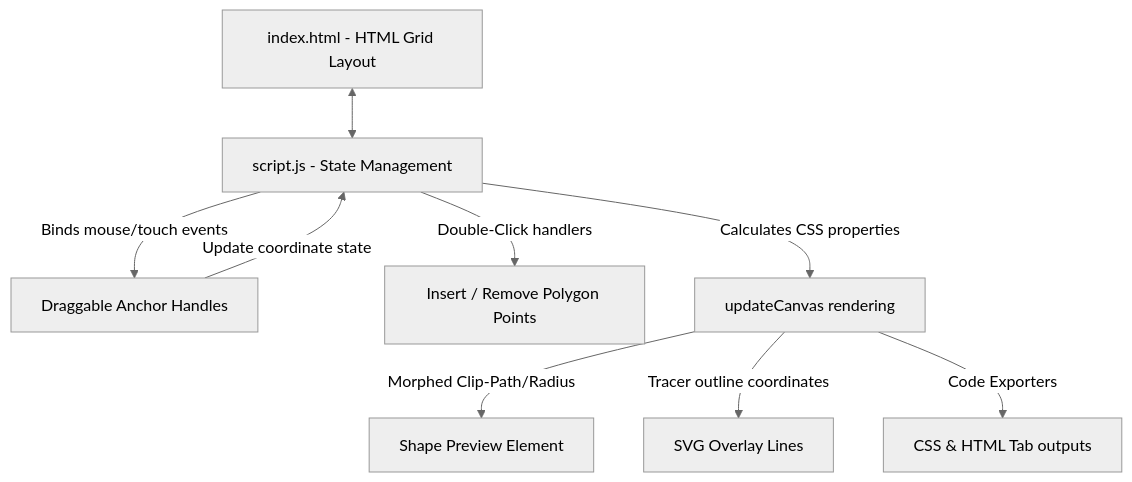
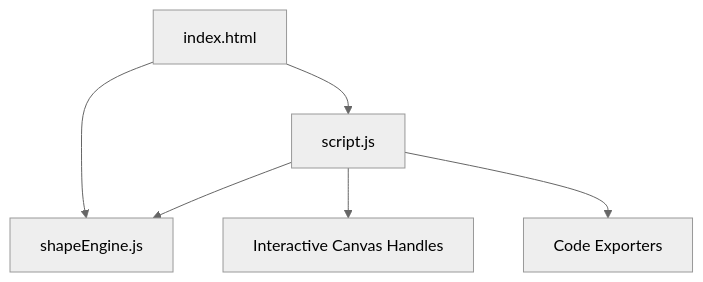
The diagram in projects/editor/css-shape-designer/ARCHITECTURE.md (Anubhutisharma-07/cradle), drawn with Mermaid (neutral theme) before and after one commit. The commit also changed other lines of this file and 4 other files, not shown here.

Commit message:
feat: modularize CSS Shape Designer with shapeEngine and test suite

````diff
--- a/projects/editor/css-shape-designer/ARCHITECTURE.md
+++ b/projects/editor/css-shape-designer/ARCHITECTURE.md
@@ -38,11 +36,8 @@
 ```mermaid
 graph TD
-    A[index.html - HTML Grid Layout] <--> B[script.js - State Management]
-    B -->|Binds mouse/touch events| C[Draggable Anchor Handles]
-    C -->|Update coordinate state| B
-    B -->|Double-Click handlers| D[Insert / Remove Polygon Points]
-    B -->|Calculates CSS properties| E[updateCanvas rendering]
-    E -->|Morphed Clip-Path/Radius| F[Shape Preview Element]
-    E -->|Tracer outline coordinates| G[SVG Overlay Lines]
-    E -->|Code Exporters| H[CSS & HTML Tab outputs]
+    A[index.html] --> B[shapeEngine.js]
+    A --> C[script.js]
+    C --> B
+    C --> D[Interactive Canvas Handles]
+    C --> E[Code Exporters]
 ```
````
